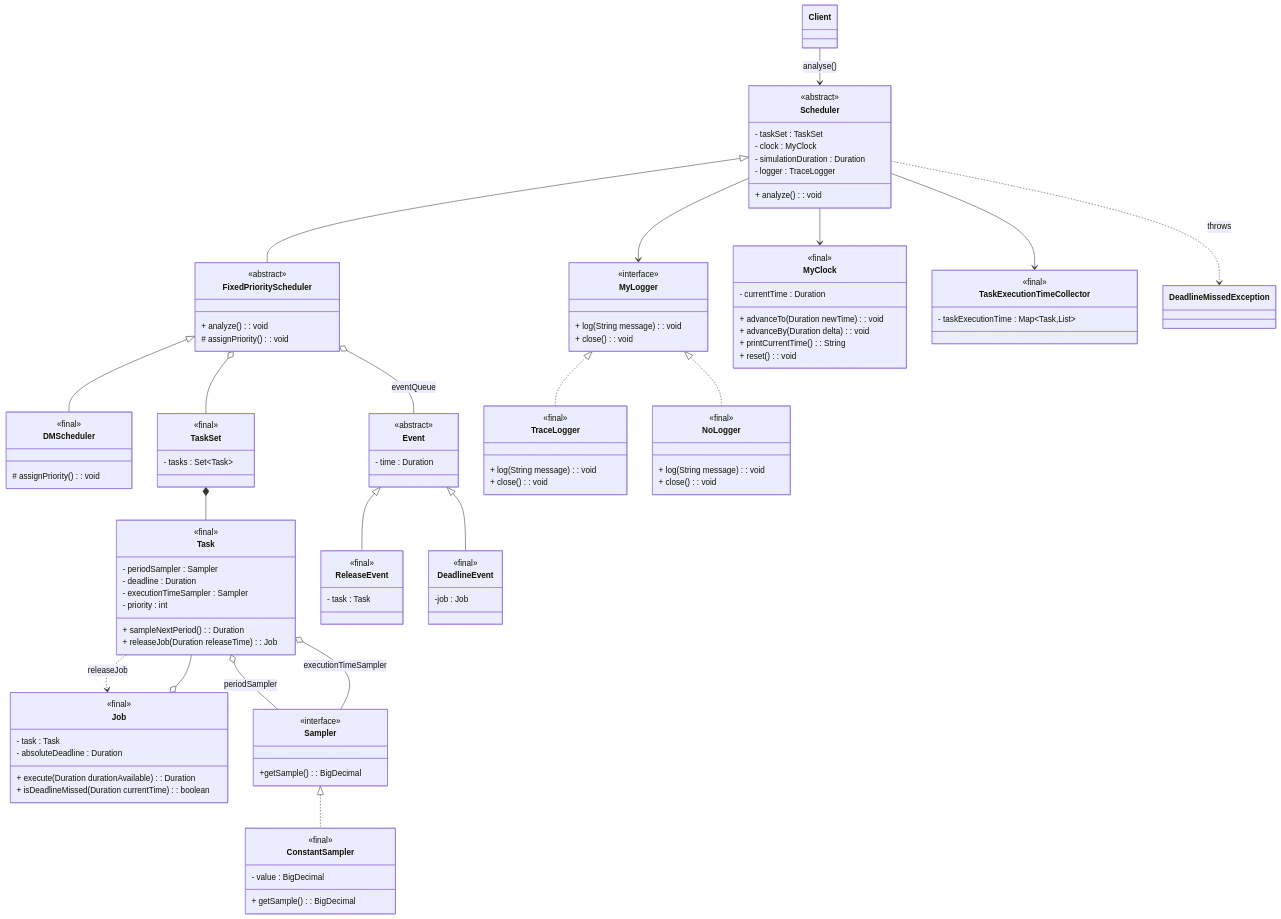
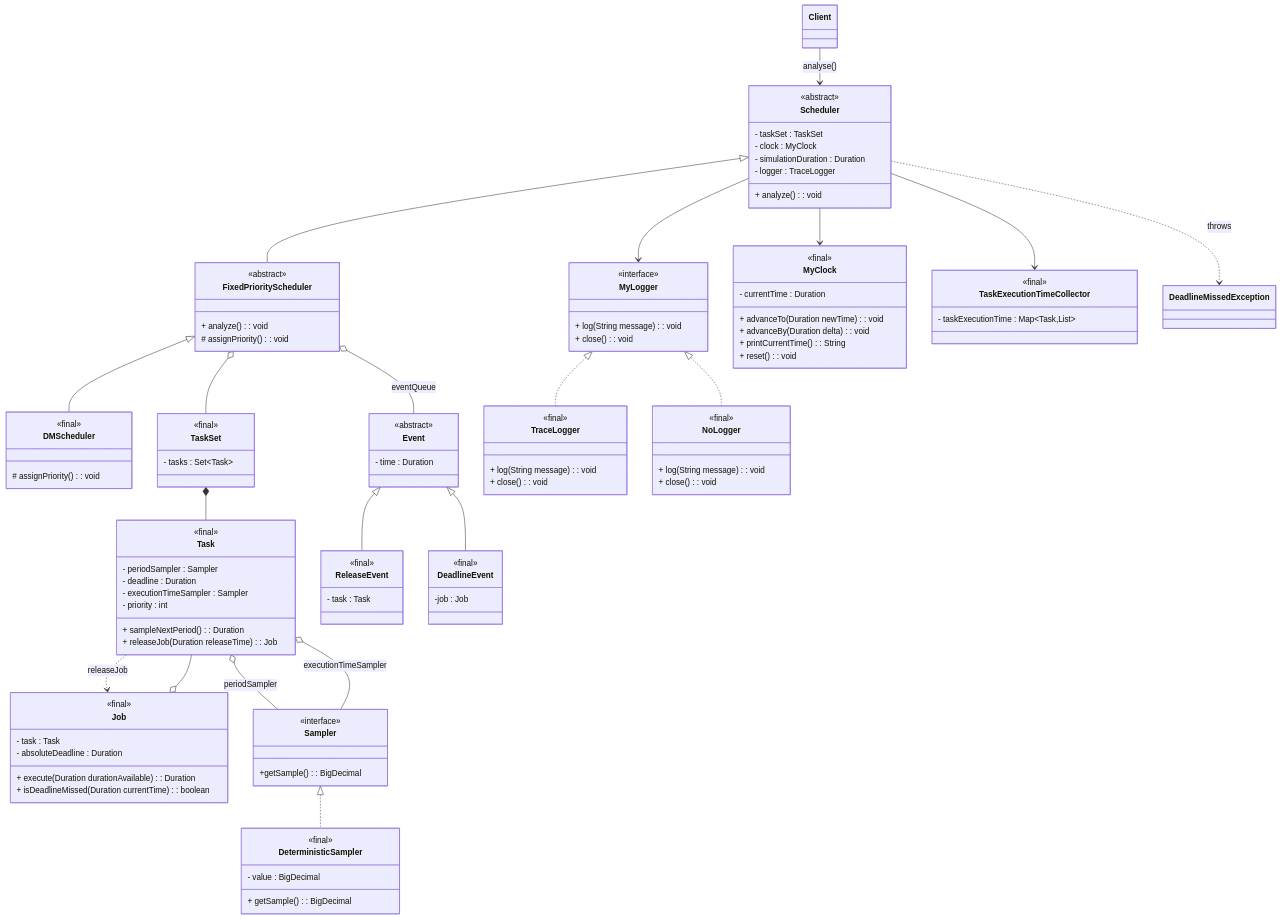
Before and after one commit to edoardosarri24/probabilistic-soft-real-time-analysis: the diagram in report/images/1-simulator/class_diagram.mmd, drawn with Mermaid. The commit also changed 6 other files, not shown here.

Commit message:
from ConstantSampler to DeterministicSampler

```diff
--- a/report/images/1-simulator/class_diagram.mmd
+++ b/report/images/1-simulator/class_diagram.mmd
@@ -1,134 +1,134 @@
 classDiagram
 
     %% Scheduler
     class Scheduler {
         <<abstract>>
         - taskSet : TaskSet
         - clock : MyClock
         - simulationDuration : Duration
         - logger : TraceLogger
         + analyze() : void
     }
 
     class FixedPriorityScheduler {
         <<abstract>>
         + analyze() : void
         # assignPriority() : void
     }
 
     class DMScheduler {
         <<final>>
         # assignPriority() : void
     }
 
     %% TaskSet
     class TaskSet {
         <<final>>
         - tasks : Set~Task~
     }
 
     class Task {
         <<final>>
         - periodSampler : Sampler
         - deadline : Duration
         - executionTimeSampler : Sampler
         - priority : int
         + sampleNextPeriod() : Duration
         + releaseJob(Duration releaseTime) : Job
     }
 
     class Job {
         <<final>>
         - task : Task
         - absoluteDeadline : Duration
         + execute(Duration durationAvailable) : Duration
         + isDeadlineMissed(Duration currentTime) : boolean
     }
 
     %% Event
     class Event {
         <<abstract>>
         - time : Duration
     }
 
     class ReleaseEvent {
         <<final>>
         - task : Task
     }
 
     class DeadlineEvent {
         <<final>>
         -job : Job
     }
 
     %% Logger
     class MyLogger {
         <<interface>>
         + log(String message) : void
         + close() : void
     }
 
     class TraceLogger {
         <<final>>
         + log(String message) : void
         + close() : void
     }
 
     class NoLogger {
         <<final>>
         + log(String message) : void
         + close() : void
     }
 
     %% Utils
     class MyClock {
         <<final>>
         - currentTime : Duration
         + advanceTo(Duration newTime) : void
         + advanceBy(Duration delta) : void
         + printCurrentTime() : String
         + reset() : void
     }
 
     class Sampler {
         <<interface>>
         +getSample() : BigDecimal
     }
 
-    class ConstantSampler {
+    class DeterministicSampler {
         <<final>>
         - value : BigDecimal
         + getSample() : BigDecimal
     }
 
     class TaskExecutionTimeCollector{
         <<final>>
         - taskExecutionTime : Map~Task,List~
     }
 
     %% Relationships
     Client --> Scheduler : analyse()
     %% Scheduler
     Scheduler <|-- FixedPriorityScheduler
     FixedPriorityScheduler <|-- DMScheduler
     Scheduler --> MyClock
     Scheduler --> MyLogger
     Scheduler --> TaskExecutionTimeCollector
     FixedPriorityScheduler o-- TaskSet
     FixedPriorityScheduler o-- Event : eventQueue
     Scheduler ..> DeadlineMissedException : throws
     %% TaskSet
     TaskSet *-- Task
     Job o-- Task
     Task o-- Sampler : periodSampler
     Task o-- Sampler : executionTimeSampler
     Task ..> Job : releaseJob
     %% Event
     Event <|-- ReleaseEvent
     Event <|-- DeadlineEvent
     %% Logger
     MyLogger <|.. TraceLogger
     MyLogger <|.. NoLogger
 
     %% Utils
-    Sampler <|.. ConstantSampler
+    Sampler <|.. DeterministicSampler
```
